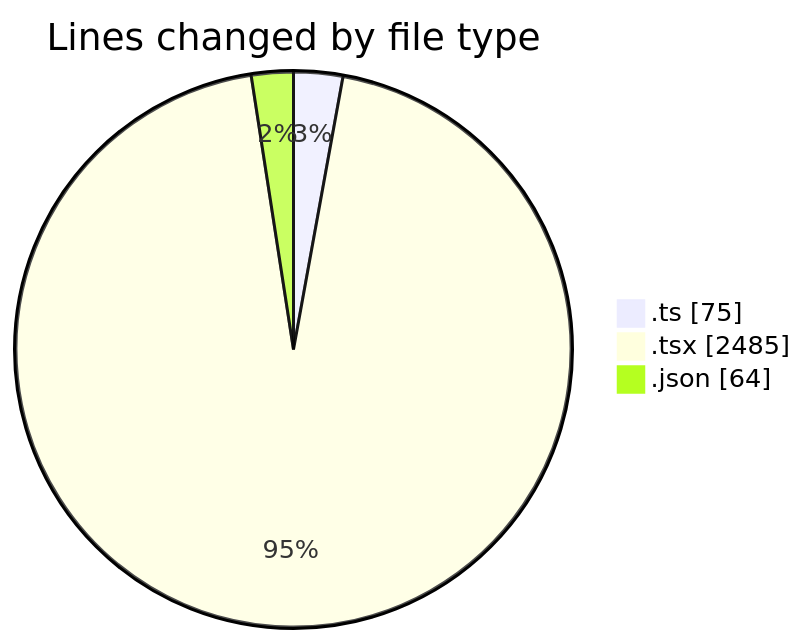
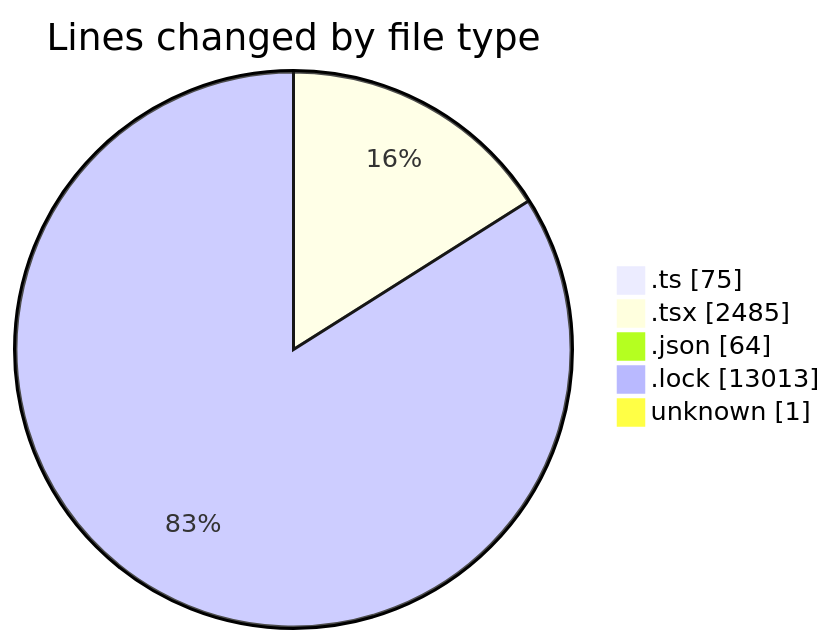
The first of 2 diagrams in 2025-09-25/cda/README.md (momahboobian/code-tracking), drawn with Mermaid before and after one commit. The commit also changed other lines of this file and 1 other file, not shown here.

````diff
--- a/2025-09-25/cda/README.md
+++ b/2025-09-25/cda/README.md
@@ -34,7 +36,9 @@
 ```mermaid
 pie showData
 title Lines changed by file type
 ".ts" : 75
 ".tsx" : 2485
 ".json" : 64
+".lock" : 13013
+"unknown" : 1
 ```
````
